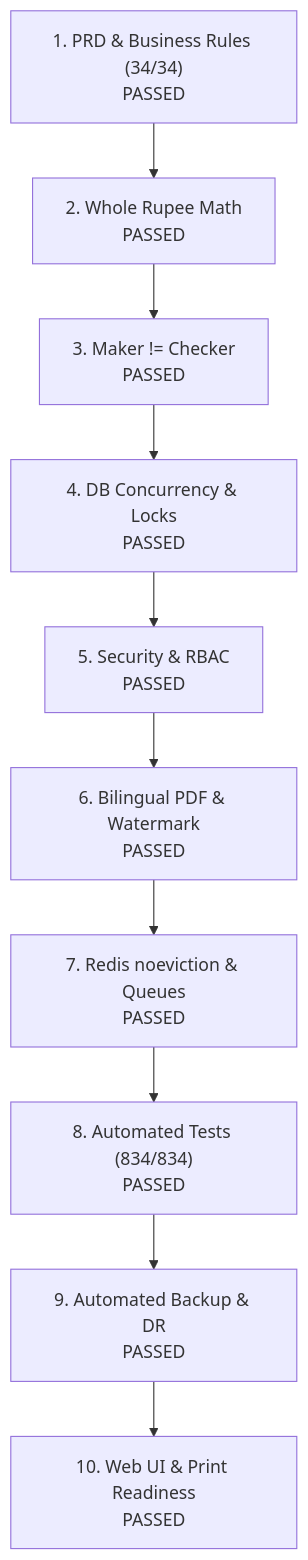
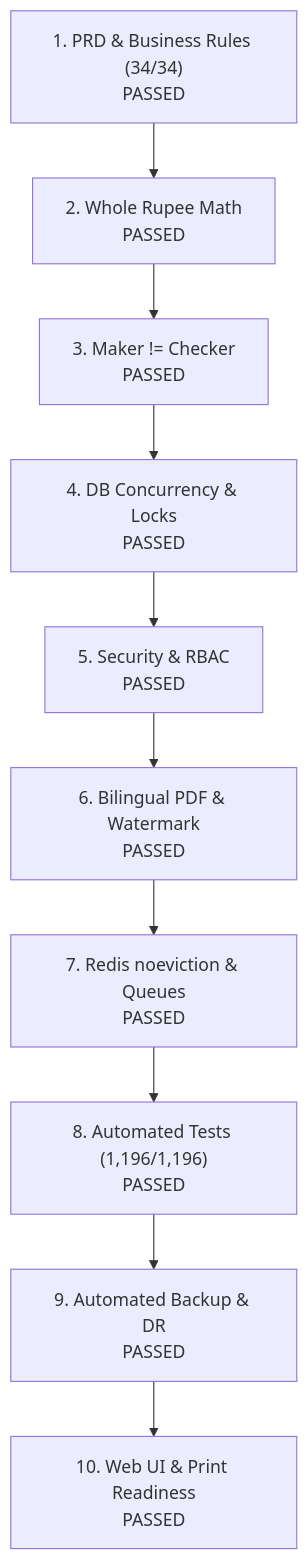
The diagram in docs/08-audit/FINAL-PRODUCTION-READINESS.md (Kathir-24/Kumaran-finance), drawn with Mermaid before and after one commit. The commit also changed other lines of this file and 8 other files, not shown here.

````diff
--- a/docs/08-audit/FINAL-PRODUCTION-READINESS.md
+++ b/docs/08-audit/FINAL-PRODUCTION-READINESS.md
@@ -61,12 +61,12 @@
 ```mermaid
 flowchart TD
     QG1["1. PRD & Business Rules (34/34)\nPASSED"] --> QG2["2. Whole Rupee Math\nPASSED"]
     QG2 --> QG3["3. Maker != Checker\nPASSED"]
     QG3 --> QG4["4. DB Concurrency & Locks\nPASSED"]
     QG4 --> QG5["5. Security & RBAC\nPASSED"]
     QG5 --> QG6["6. Bilingual PDF & Watermark\nPASSED"]
     QG6 --> QG7["7. Redis noeviction & Queues\nPASSED"]
-    QG7 --> QG8["8. Automated Tests (834/834)\nPASSED"]
+    QG7 --> QG8["8. Automated Tests (1,196/1,196)\nPASSED"]
     QG8 --> QG9["9. Automated Backup & DR\nPASSED"]
     QG9 --> QG10["10. Web UI & Print Readiness\nPASSED"]
 ```
````
